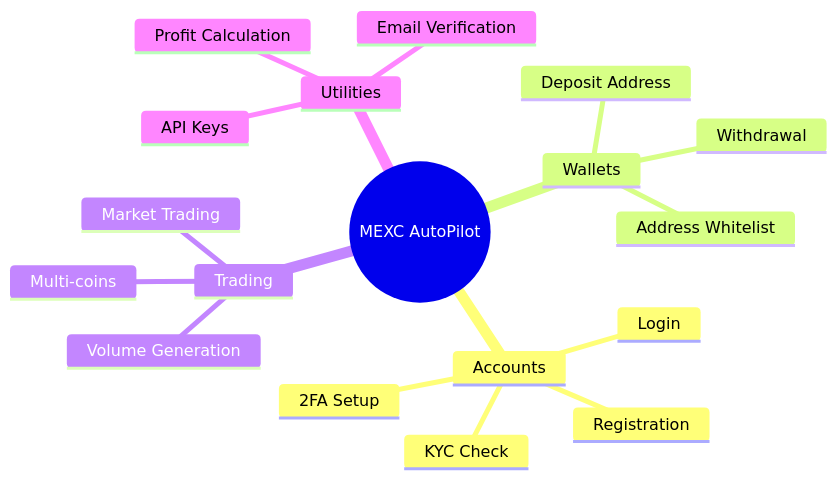
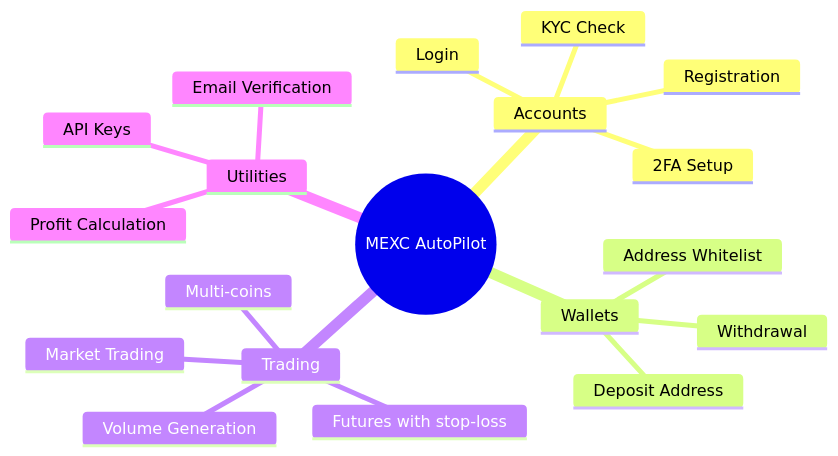
One commit to AutoPilotSoftware/docs changed the second of 10 diagrams in src/content/docs/en/exchanges/mexc-autopilot.md. Above: the diagram before and after it, drawn with Mermaid. The commit also changed other lines of this file and 2 other files, not shown here.

Commit message:
docs(mexc): smart futures (futures_mx) — market open + stop-loss pilot guide (ru/en/ua)

````diff
--- a/src/content/docs/en/exchanges/mexc-autopilot.md
+++ b/src/content/docs/en/exchanges/mexc-autopilot.md
@@ -74,21 +74,22 @@
 ```mermaid
 mindmap
   root((MEXC AutoPilot))
     Accounts
       Registration
       Login
       KYC Check
       2FA Setup
     Wallets
       Deposit Address
       Address Whitelist
       Withdrawal
     Trading
       Market Trading
       Volume Generation
       Multi-coins
+      Futures with stop-loss
     Utilities
       API Keys
       Profit Calculation
       Email Verification
 ```
````
